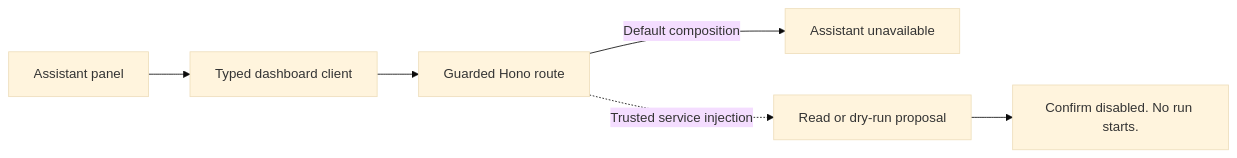
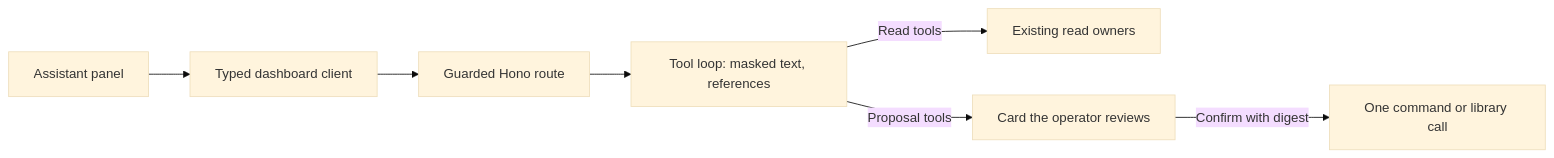
The fourth of 4 diagrams in docs/ARCHITECTURE.md (julianthant/hr-relay), drawn with Mermaid (base theme) before and after one commit. The commit also changed other lines of this file and 2 other files, not shown here.

Commit message:
docs(assistant): current tool loop, proposals, spreadsheet cards and PDF starts

````diff
--- a/docs/ARCHITECTURE.md
+++ b/docs/ARCHITECTURE.md
@@ -85,8 +85,9 @@
 ```mermaid
 flowchart LR
   Panel[Assistant panel] --> Client[Typed dashboard client]
   Client --> Route[Guarded Hono route]
-  Route -->|Default composition| Refusal[Assistant unavailable]
-  Route -.->|Trusted service injection| Proposal[Read or dry-run proposal]
-  Proposal --> Hold[Confirm disabled. No run starts.]
+  Route --> Loop[Tool loop: masked text, references]
+  Loop -->|Read tools| Owners[Existing read owners]
+  Loop -->|Proposal tools| Card[Card the operator reviews]
+  Card -->|Confirm with digest| Effect[One command or library call]
 ```
````
